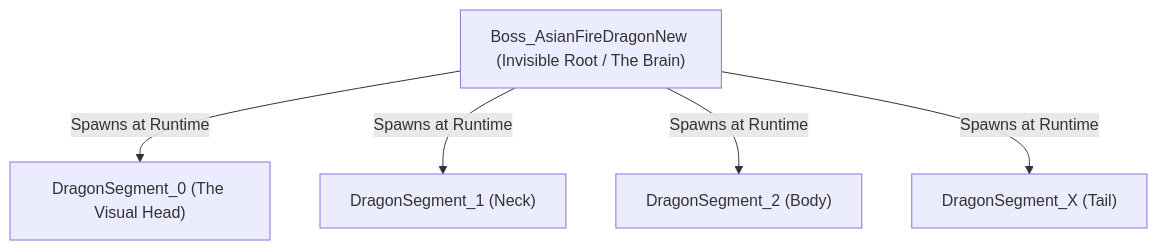
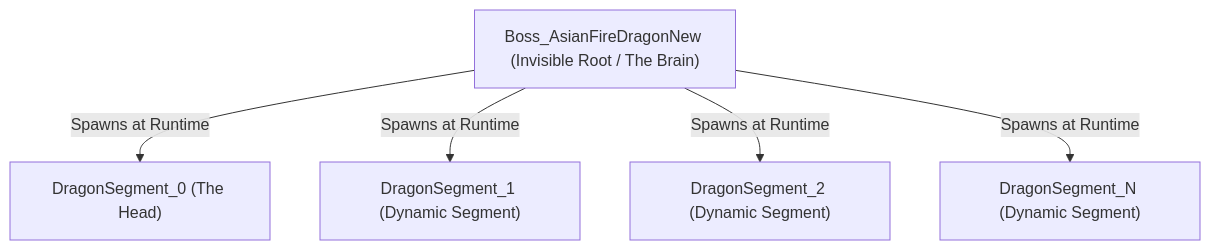
Before and after one commit to NatalieC001/dragonDump: the diagram in Dragon_Movement_Architecture.md, drawn with Mermaid.

Commit message:
Add Dragon Movement Architecture design document

````diff
--- a/Dragon_Movement_Architecture.md
+++ b/Dragon_Movement_Architecture.md
@@ -21,14 +21,14 @@
 ```mermaid
 graph TD
     Root["Boss_AsianFireDragonNew (Invisible Root / The Brain)"]
 
-    Seg0["DragonSegment_0 (The Visual Head)"]
-    Seg1["DragonSegment_1 (Neck)"]
-    Seg2["DragonSegment_2 (Body)"]
-    SegX["DragonSegment_X (Tail)"]
+    Seg0["DragonSegment_0 (The Head)"]
+    Seg1["DragonSegment_1 (Dynamic Segment)"]
+    Seg2["DragonSegment_2 (Dynamic Segment)"]
+    SegN["DragonSegment_N (Dynamic Segment)"]
 
     Root -->|Spawns at Runtime| Seg0
     Root -->|Spawns at Runtime| Seg1
     Root -->|Spawns at Runtime| Seg2
-    Root -->|Spawns at Runtime| SegX
+    Root -->|Spawns at Runtime| SegN
 ```
````
